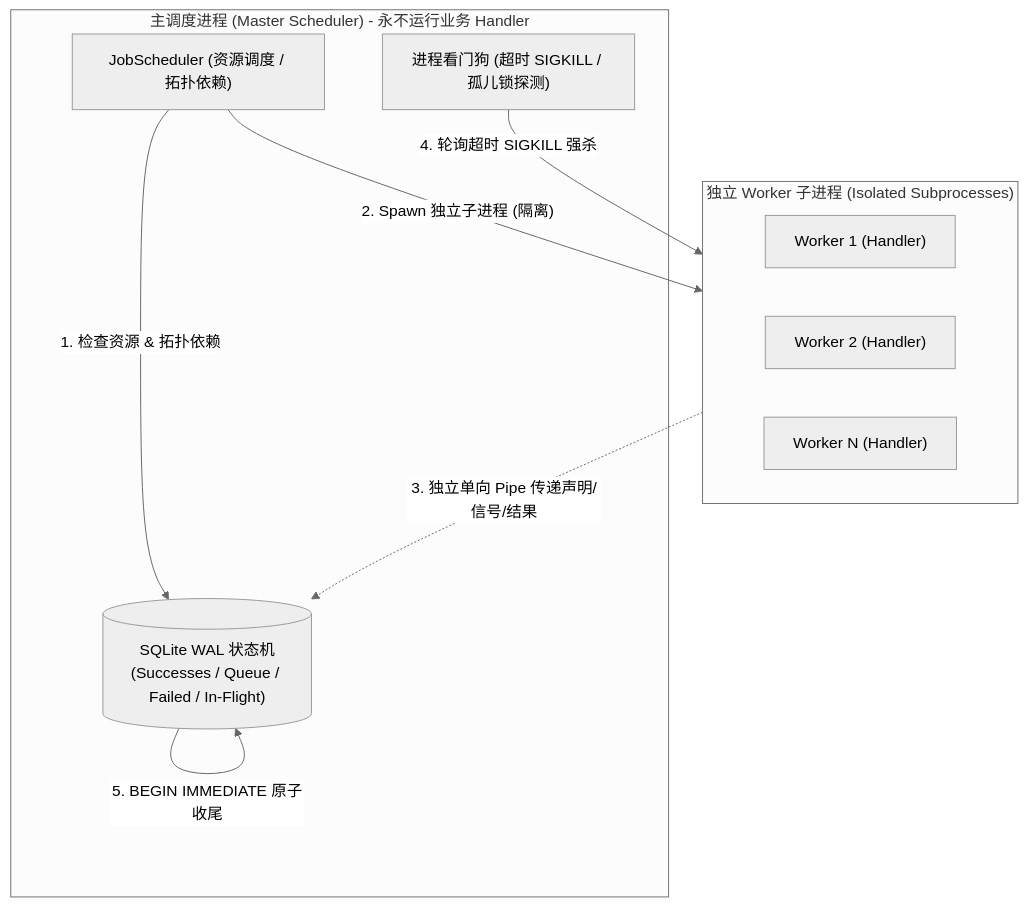
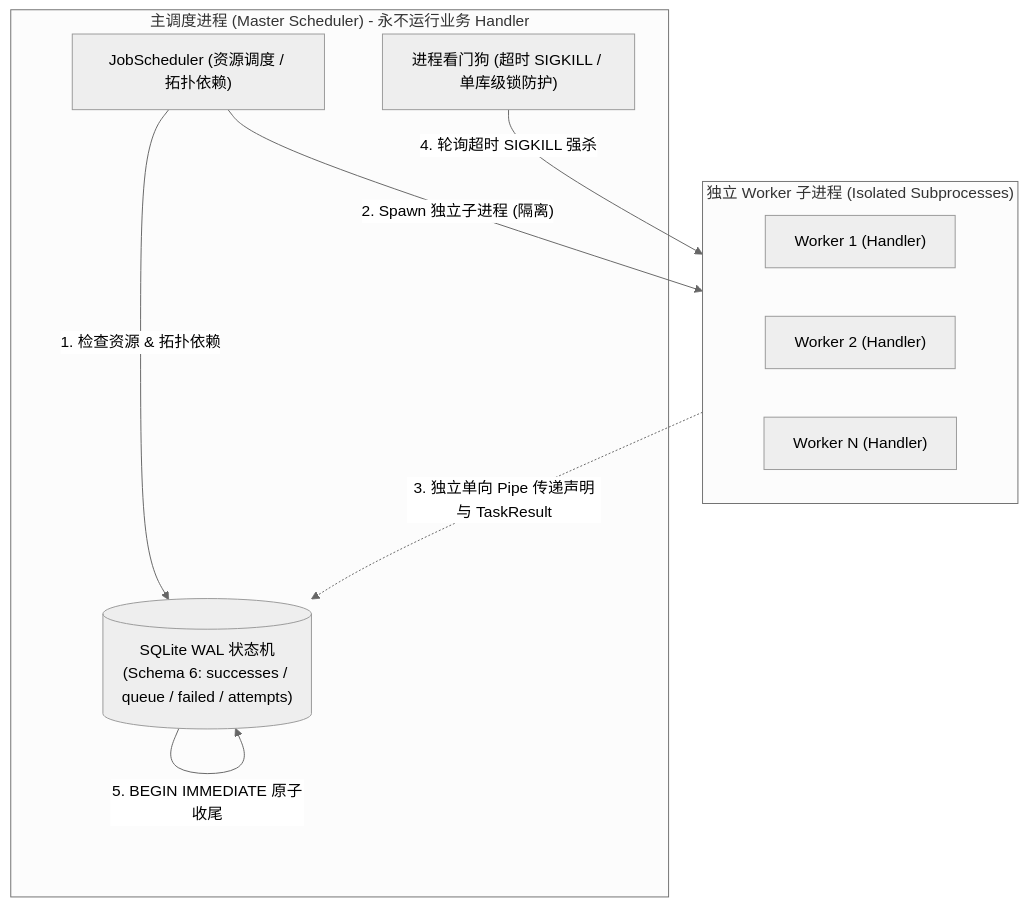
The diagram in README.md (CaptainLi321/tasklite), drawn with Mermaid (neutral theme) before and after one commit. The commit also changed other lines of this file and 5 other files, not shown here.

````diff
--- a/README.md
+++ b/README.md
@@ -55,20 +55,20 @@
 ```mermaid
 flowchart TD
     subgraph Host ["主调度进程 (Master Scheduler) - 永不运行业务 Handler"]
-        State[("SQLite WAL 状态机\n(Successes / Queue / Failed / In-Flight)")]
+        State[("SQLite WAL 状态机\n(Schema 6: successes / queue / failed / attempts)")]
         Scheduler["JobScheduler (资源调度 / 拓扑依赖)"]
-        Watchdog["进程看门狗 (超时 SIGKILL / 孤儿锁探测)"]
+        Watchdog["进程看门狗 (超时 SIGKILL / 单库级锁防护)"]
     end
 
     subgraph Workers ["独立 Worker 子进程 (Isolated Subprocesses)"]
         W1["Worker 1 (Handler)"]
         W2["Worker 2 (Handler)"]
         WN["Worker N (Handler)"]
     end
 
     Scheduler -->|"1. 检查资源 & 拓扑依赖"| State
     Scheduler -->|"2. Spawn 独立子进程 (隔离)"| Workers
-    Workers -.->|"3. 独立单向 Pipe 传递声明/信号/结果"| State
+    Workers -.->|"3. 独立单向 Pipe 传递声明与 TaskResult"| State
     Watchdog -->|"4. 轮询超时 SIGKILL 强杀"| Workers
     State -->|"5. BEGIN IMMEDIATE 原子收尾"| State
 ```
````
